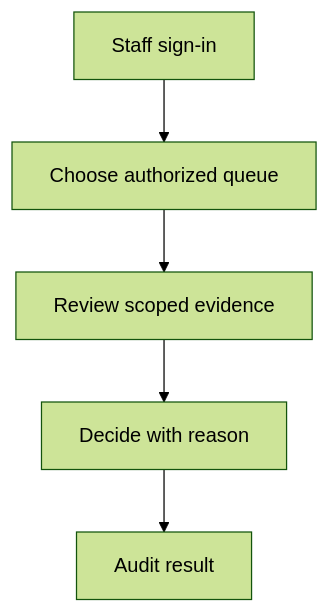
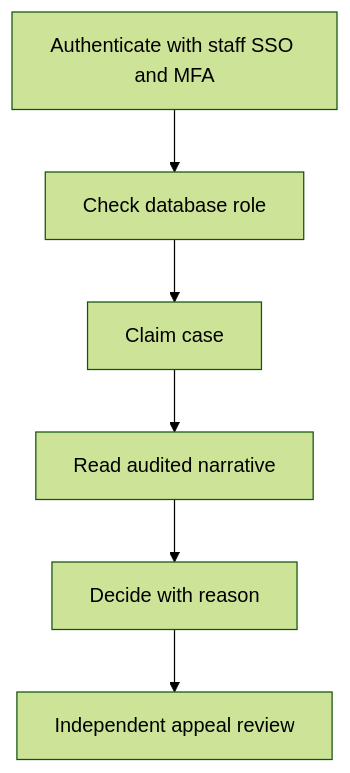
Before and after one commit to thams-geth/dogdating-api: the diagram in docs/handovers/M12.md, drawn with Mermaid (forest theme). The commit also changed other lines of this file and 20 other files, not shown here.

Commit message:
feat(admin): add separate staff SSO role gates and audited case operations

````diff
--- a/docs/handovers/M12.md
+++ b/docs/handovers/M12.md
@@ -15,12 +15,14 @@
 ```mermaid
 flowchart TD
-  S0["Staff sign-in"]
-  S1["Choose authorized queue"]
-  S2["Review scoped evidence"]
-  S3["Decide with reason"]
-  S4["Audit result"]
+  S0["Authenticate with staff SSO and MFA"]
+  S1["Check database role"]
+  S2["Claim case"]
+  S3["Read audited narrative"]
+  S4["Decide with reason"]
+  S5["Independent appeal review"]
   S0 --> S1
   S1 --> S2
   S2 --> S3
   S3 --> S4
+  S4 --> S5
 ```
````
